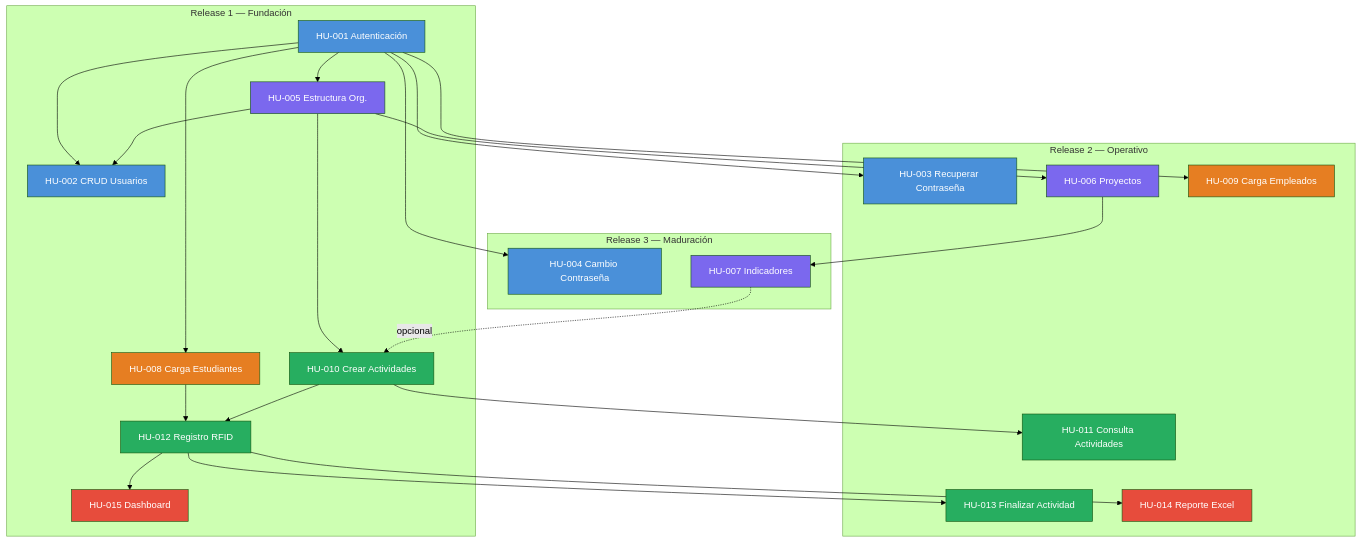
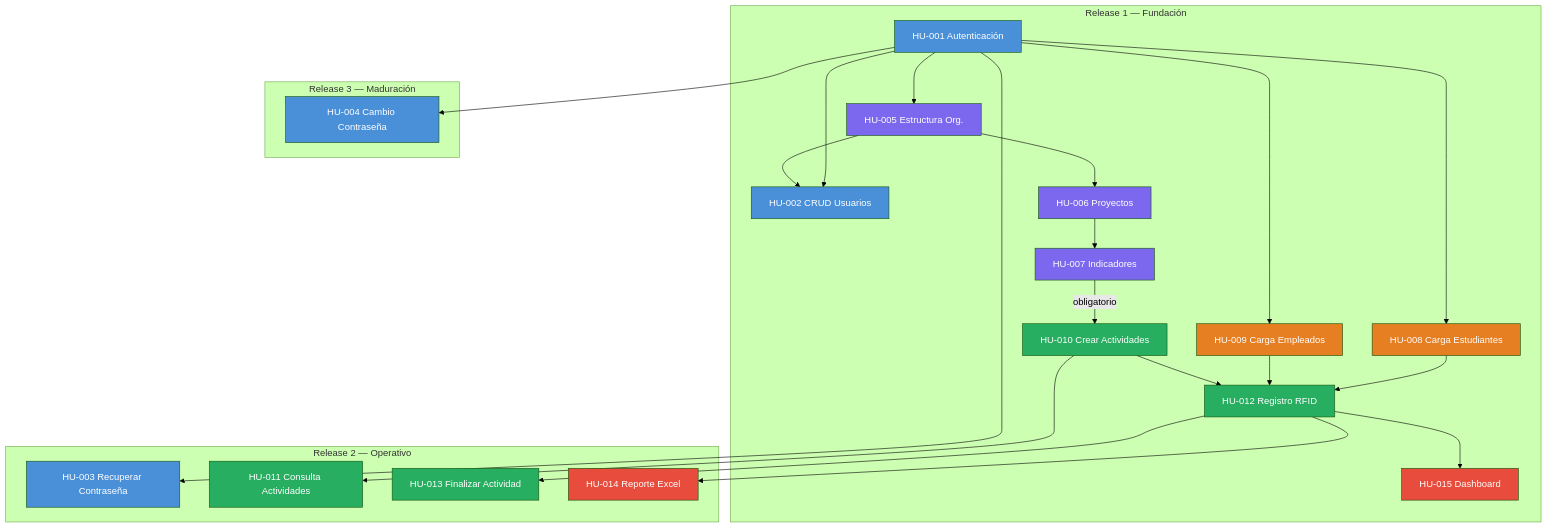
The second of 6 diagrams in docs/artifacts/14.plan_de_liberaciones_del_producto.md (sibeuco/DocumentacionSibe), drawn with Mermaid (forest theme) before and after one commit. The commit also changed other lines of this file and 9 other files, not shown here.

````diff
--- a/docs/artifacts/14.plan_de_liberaciones_del_producto.md
+++ b/docs/artifacts/14.plan_de_liberaciones_del_producto.md
@@ -131,62 +135,62 @@
 ```mermaid
 graph TD
     subgraph R1["Release 1 — Fundación"]
         HU001["HU-001 Autenticación"]
         HU002["HU-002 CRUD Usuarios"]
         HU005["HU-005 Estructura Org."]
+        HU006["HU-006 Proyectos"]
+        HU007["HU-007 Indicadores"]
         HU008["HU-008 Carga Estudiantes"]
+        HU009["HU-009 Carga Empleados"]
         HU010["HU-010 Crear Actividades"]
         HU012["HU-012 Registro RFID"]
         HU015["HU-015 Dashboard"]
     end
 
     subgraph R2["Release 2 — Operativo"]
         HU003["HU-003 Recuperar Contraseña"]
-        HU006["HU-006 Proyectos"]
-        HU009["HU-009 Carga Empleados"]
         HU011["HU-011 Consulta Actividades"]
         HU013["HU-013 Finalizar Actividad"]
         HU014["HU-014 Reporte Excel"]
     end
 
     subgraph R3["Release 3 — Maduración"]
         HU004["HU-004 Cambio Contraseña"]
-        HU007["HU-007 Indicadores"]
     end
 
     HU001 --> HU002
     HU001 --> HU005
     HU001 --> HU008
+    HU001 --> HU009
     HU005 --> HU002
-    HU005 --> HU010
+    HU005 --> HU006
+    HU006 --> HU007
+    HU007 -->|"obligatorio"| HU010
     HU008 --> HU012
+    HU009 --> HU012
     HU010 --> HU012
     HU012 --> HU015
 
     HU001 --> HU003
-    HU001 --> HU009
-    HU005 --> HU006
     HU010 --> HU011
     HU012 --> HU013
     HU012 --> HU014
 
     HU001 --> HU004
-    HU006 --> HU007
-    HU007 -.->|"opcional"| HU010
 
     style HU001 fill:#4A90D9,color:#fff
     style HU002 fill:#4A90D9,color:#fff
     style HU005 fill:#7B68EE,color:#fff
+    style HU006 fill:#7B68EE,color:#fff
+    style HU007 fill:#7B68EE,color:#fff
     style HU008 fill:#E67E22,color:#fff
+    style HU009 fill:#E67E22,color:#fff
     style HU010 fill:#27AE60,color:#fff
     style HU012 fill:#27AE60,color:#fff
     style HU015 fill:#E74C3C,color:#fff
     style HU003 fill:#4A90D9,color:#fff
-    style HU006 fill:#7B68EE,color:#fff
-    style HU009 fill:#E67E22,color:#fff
     style HU011 fill:#27AE60,color:#fff
     style HU013 fill:#27AE60,color:#fff
     style HU014 fill:#E74C3C,color:#fff
     style HU004 fill:#4A90D9,color:#fff
-    style HU007 fill:#7B68EE,color:#fff
 ```
````
